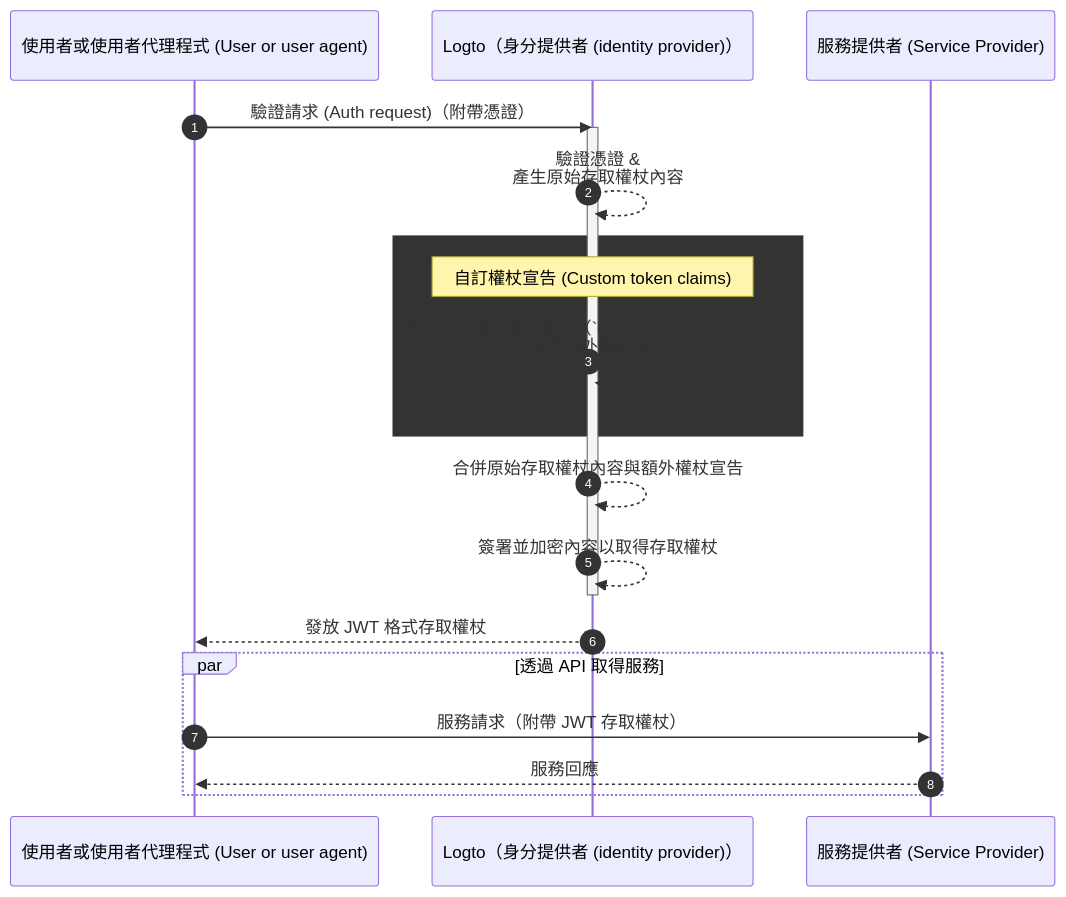
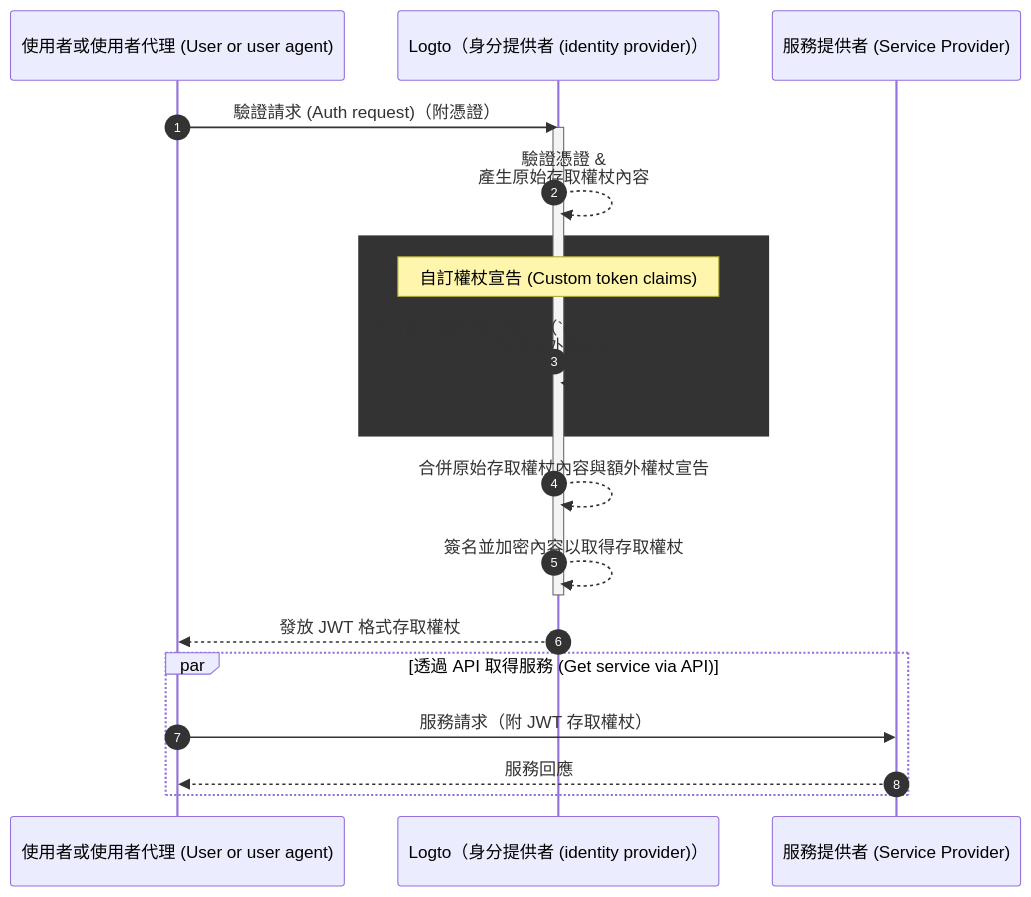
One commit to logto-io/docs changed the diagram in i18n/zh-TW/docusaurus-plugin-content-docs/current/developers/custom-token-claims/README.mdx. Above: the diagram before and after it, drawn with Mermaid. The commit also changed other lines of this file and 666 other files, not shown here.

````diff
--- a/i18n/zh-TW/docusaurus-plugin-content-docs/current/developers/custom-token-claims/README.mdx
+++ b/i18n/zh-TW/docusaurus-plugin-content-docs/current/developers/custom-token-claims/README.mdx
@@ -26,23 +26,23 @@
 ```mermaid
 sequenceDiagram
-  participant U as 使用者或使用者代理程式 (User or user agent)
+  participant U as 使用者或使用者代理 (User or user agent)
   participant IdP as Logto（身分提供者 (identity provider)）
   participant SP as 服務提供者 (Service Provider)
 
   autonumber
-  U ->> IdP: 驗證請求 (Auth request)（附帶憑證）
+  U ->> IdP: 驗證請求 (Auth request)（附憑證）
   activate IdP
   IdP-->>IdP: 驗證憑證 &<br/>產生原始存取權杖內容
   rect var(--mermaid-rect-fill)
   note over IdP: 自訂權杖宣告 (Custom token claims)
   IdP->>IdP: 執行自訂權杖宣告腳本（`getCustomJwtClaims`）&<br/>取得額外權杖宣告
   end
   IdP-->>IdP: 合併原始存取權杖內容與額外權杖宣告
-  IdP-->>IdP: 簽署並加密內容以取得存取權杖
+  IdP-->>IdP: 簽名並加密內容以取得存取權杖
   deactivate IdP
   IdP-->>U: 發放 JWT 格式存取權杖
-  par 透過 API 取得服務
-  U->>SP: 服務請求（附帶 JWT 存取權杖）
+  par 透過 API 取得服務 (Get service via API)
+  U->>SP: 服務請求（附 JWT 存取權杖）
   SP-->>U: 服務回應
   end
 ```
````
